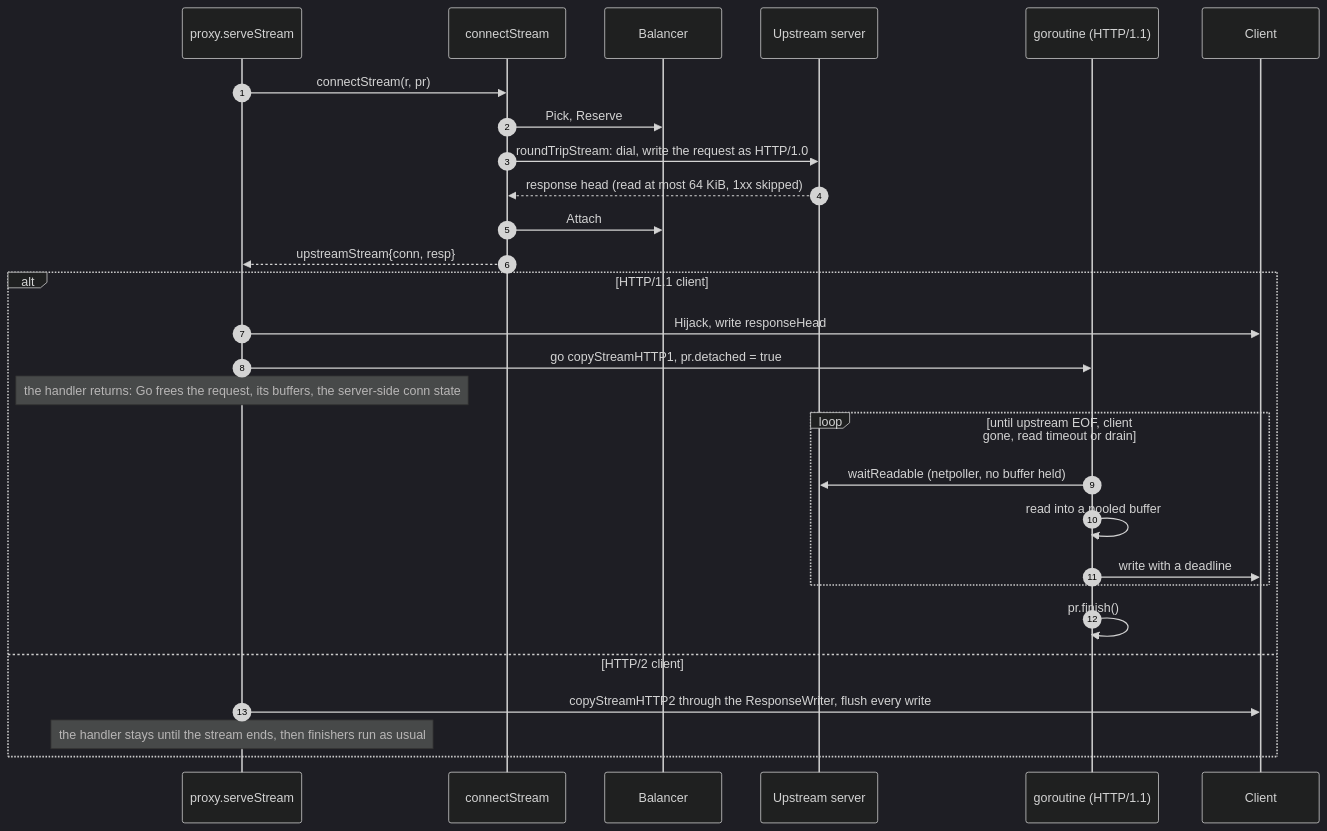
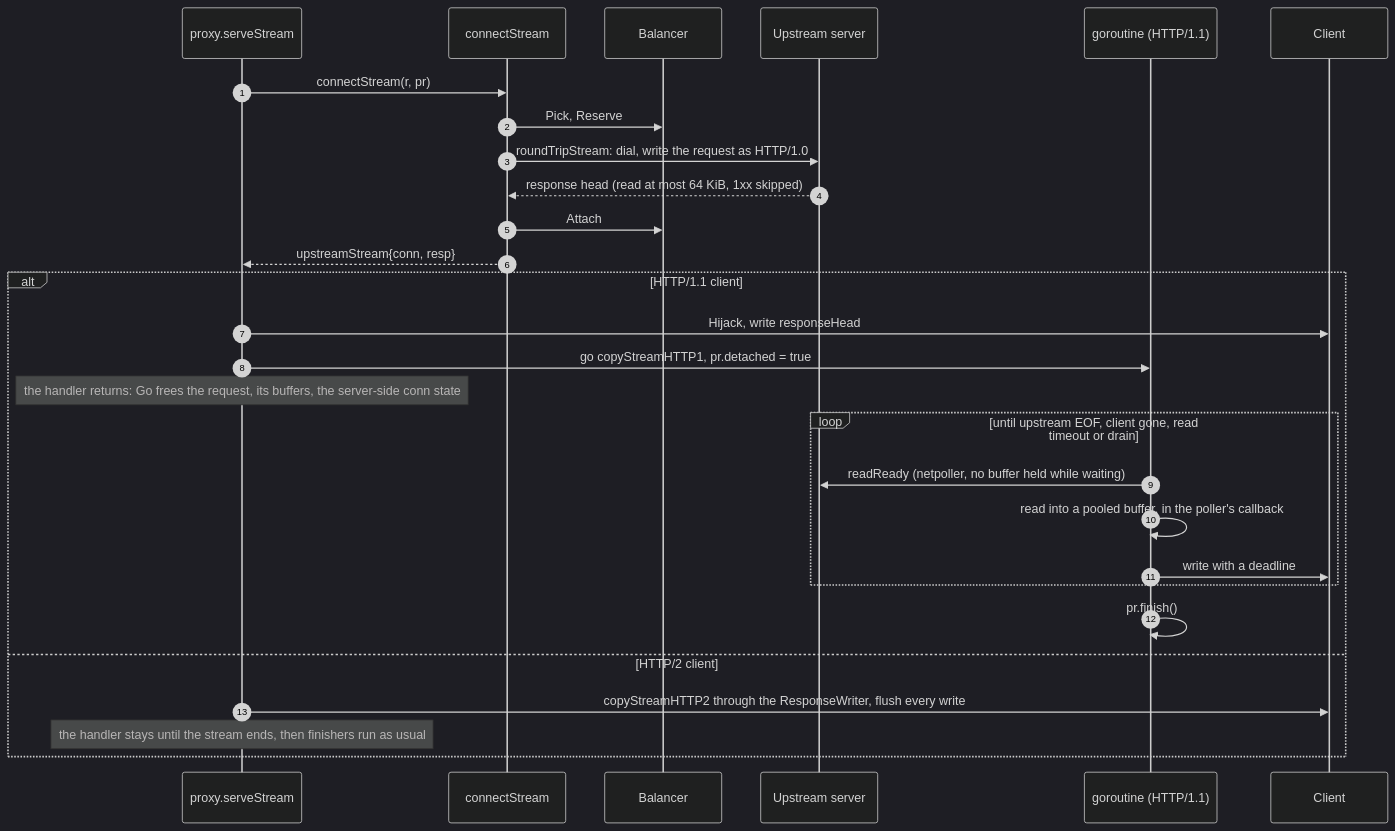
One commit to binwiederhier/ntlb changed the seventh of 10 diagrams in docs/code.md. Above: the diagram before and after it, drawn with Mermaid (dark theme). The commit also changed other lines of this file and 8 other files, not shown here.

````diff
--- a/docs/code.md
+++ b/docs/code.md
@@ -345,30 +346,30 @@
 ```mermaid
 sequenceDiagram
     autonumber
     participant P as proxy.serveStream
     participant CS as connectStream
     participant B as Balancer
     participant U as Upstream server
     participant G as goroutine (HTTP/1.1)
     participant C as Client
     P->>CS: connectStream(r, pr)
     CS->>B: Pick, Reserve
     CS->>U: roundTripStream: dial, write the request as HTTP/1.0
     U-->>CS: response head (read at most 64 KiB, 1xx skipped)
     CS->>B: Attach
     CS-->>P: upstreamStream{conn, resp}
     alt HTTP/1.1 client
         P->>C: Hijack, write responseHead
         P->>G: go copyStreamHTTP1, pr.detached = true
         Note over P: the handler returns: Go frees the request, its buffers, the server-side conn state
         loop until upstream EOF, client gone, read timeout or drain
-            G->>U: waitReadable (netpoller, no buffer held)
-            G->>G: read into a pooled buffer
+            G->>U: readReady (netpoller, no buffer held while waiting)
+            G->>G: read into a pooled buffer, in the poller's callback
             G->>C: write with a deadline
         end
         G->>G: pr.finish()
     else HTTP/2 client
         P->>C: copyStreamHTTP2 through the ResponseWriter, flush every write
         Note over P: the handler stays until the stream ends, then finishers run as usual
     end
 ```
````
